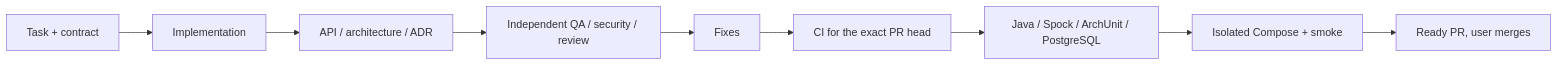
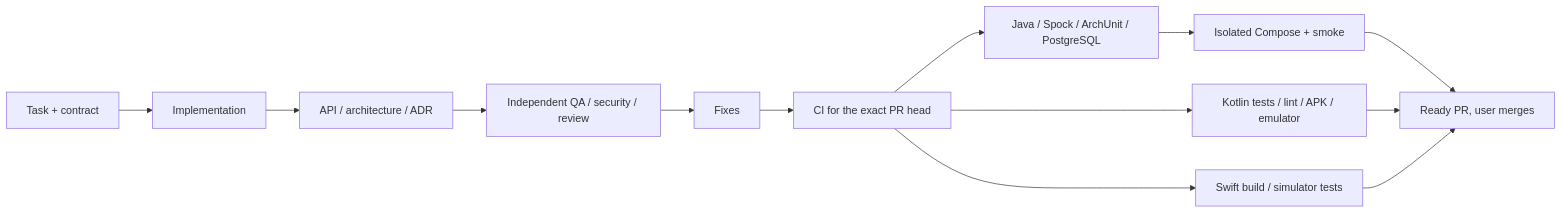
Diagram 14 of 14 in ARCHITECTURE.md (aarbabaev/ArMoney), drawn with Mermaid before and after one commit. The commit also changed other lines of this file and 41 other files, not shown here.

Commit message:
Add native Kotlin Android banking client and shared Keycloak identity

````diff
--- a/ARCHITECTURE.md
+++ b/ARCHITECTURE.md
@@ -532,11 +544,15 @@
 ```mermaid
 flowchart LR
     T["Task + contract"] --> DEV["Implementation"]
     DEV --> DOC["API / architecture / ADR"]
     DOC --> REV["Independent QA / security / review"]
     REV --> FIX["Fixes"]
     FIX --> CI["CI for the exact PR head"]
     CI --> TEST["Java / Spock / ArchUnit / PostgreSQL"]
     TEST --> SMOKE["Isolated Compose + smoke"]
     SMOKE --> READY["Ready PR, user merges"]
+    CI --> ANDROID["Kotlin tests / lint / APK / emulator"]
+    CI --> IOS["Swift build / simulator tests"]
+    ANDROID --> READY
+    IOS --> READY
 ```
````
